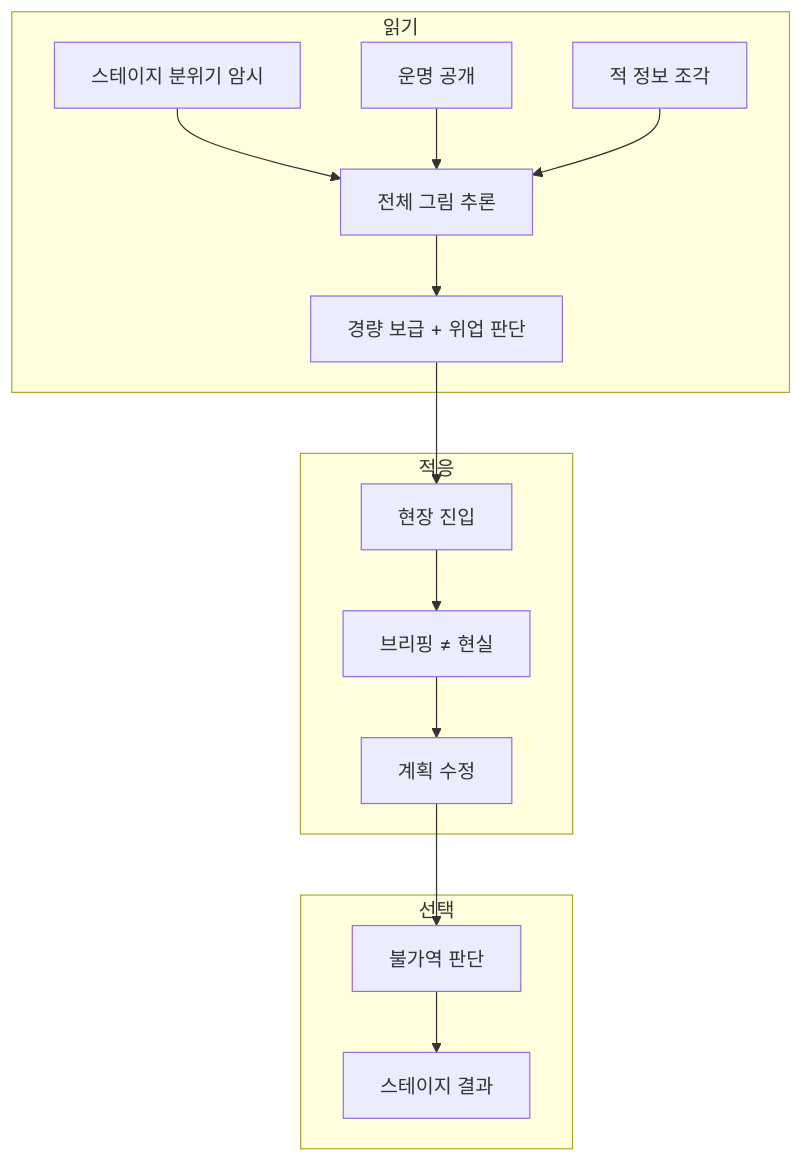
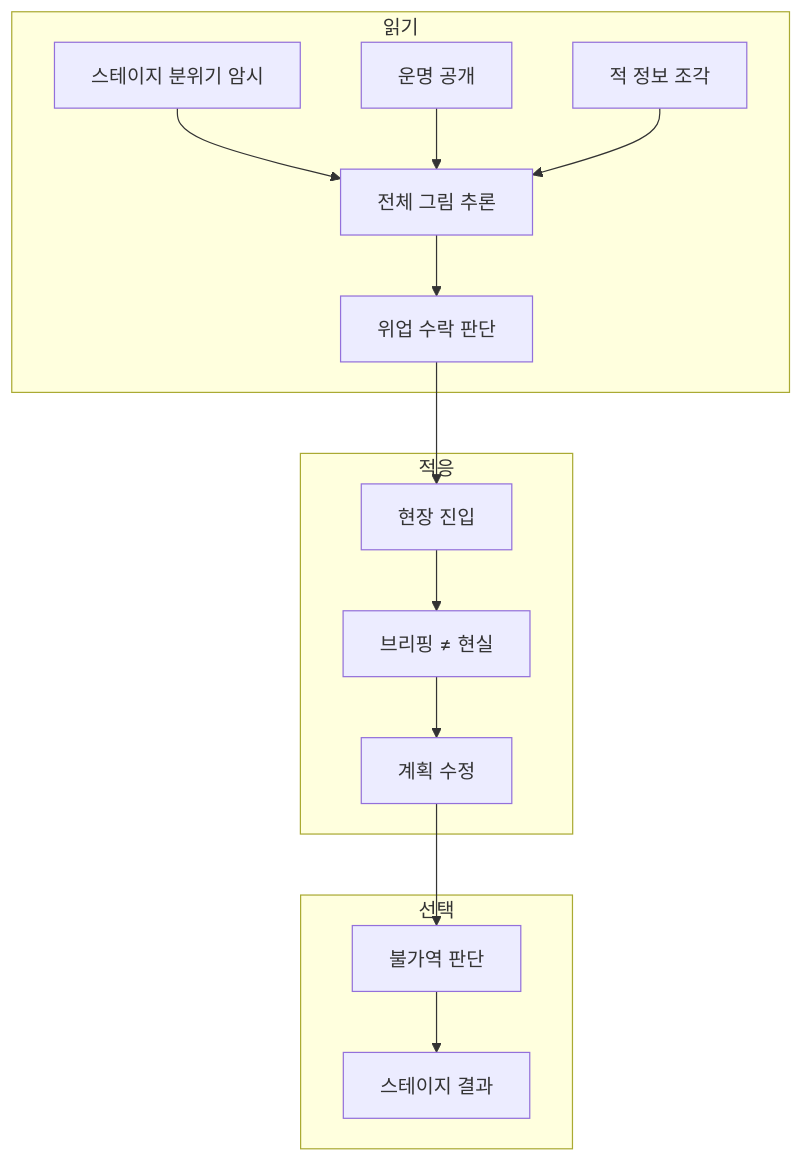
The second of 2 diagrams in 01_코어/핵심경험목표.md (roam1215-beep/Chronicle-wiki), drawn with Mermaid before and after one commit. The commit also changed other lines of this file and 9 other files, not shown here.

````diff
--- a/01_코어/핵심경험목표.md
+++ b/01_코어/핵심경험목표.md
@@ -58,18 +58,18 @@
 ```mermaid
 flowchart TD
     subgraph 읽기
         M["스테이지 분위기 암시"] --> I["전체 그림 추론"]
         O["운명 공개"] --> I
         E["적 정보 조각"] --> I
-        I --> S["경량 보급 + 위업 판단"]
+        I --> S["위업 수락 판단"]
     end
     subgraph 적응
         S --> R["현장 진입"]
         R --> G["브리핑 ≠ 현실"]
         G --> P["계획 수정"]
     end
     subgraph 선택
         P --> C["불가역 판단"]
         C --> RS["스테이지 결과"]
     end
 ```
````
